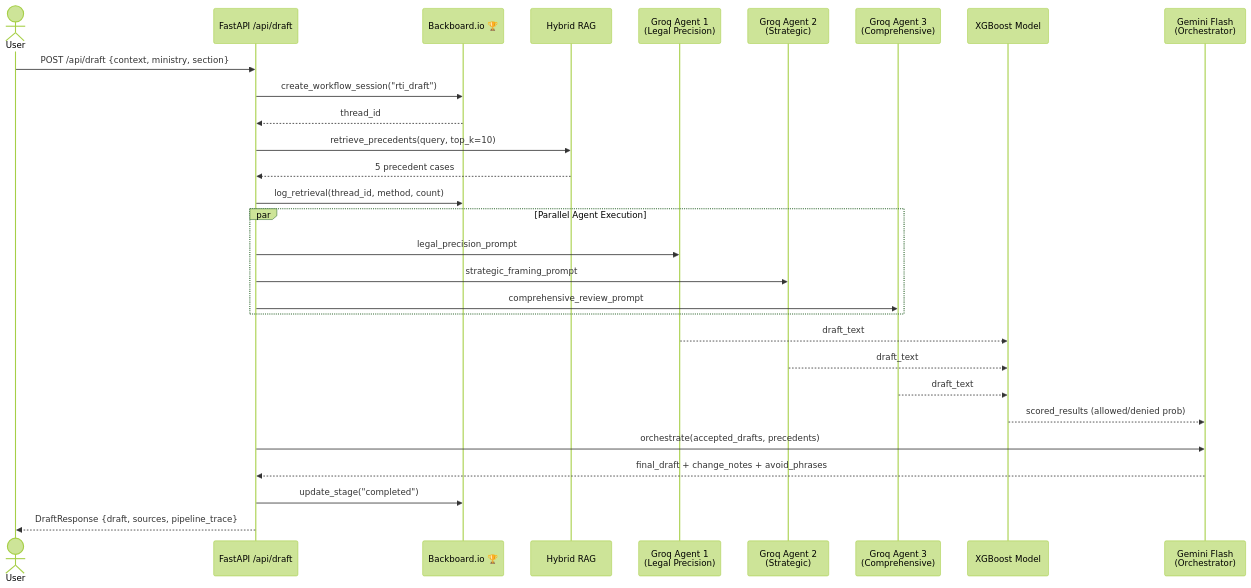
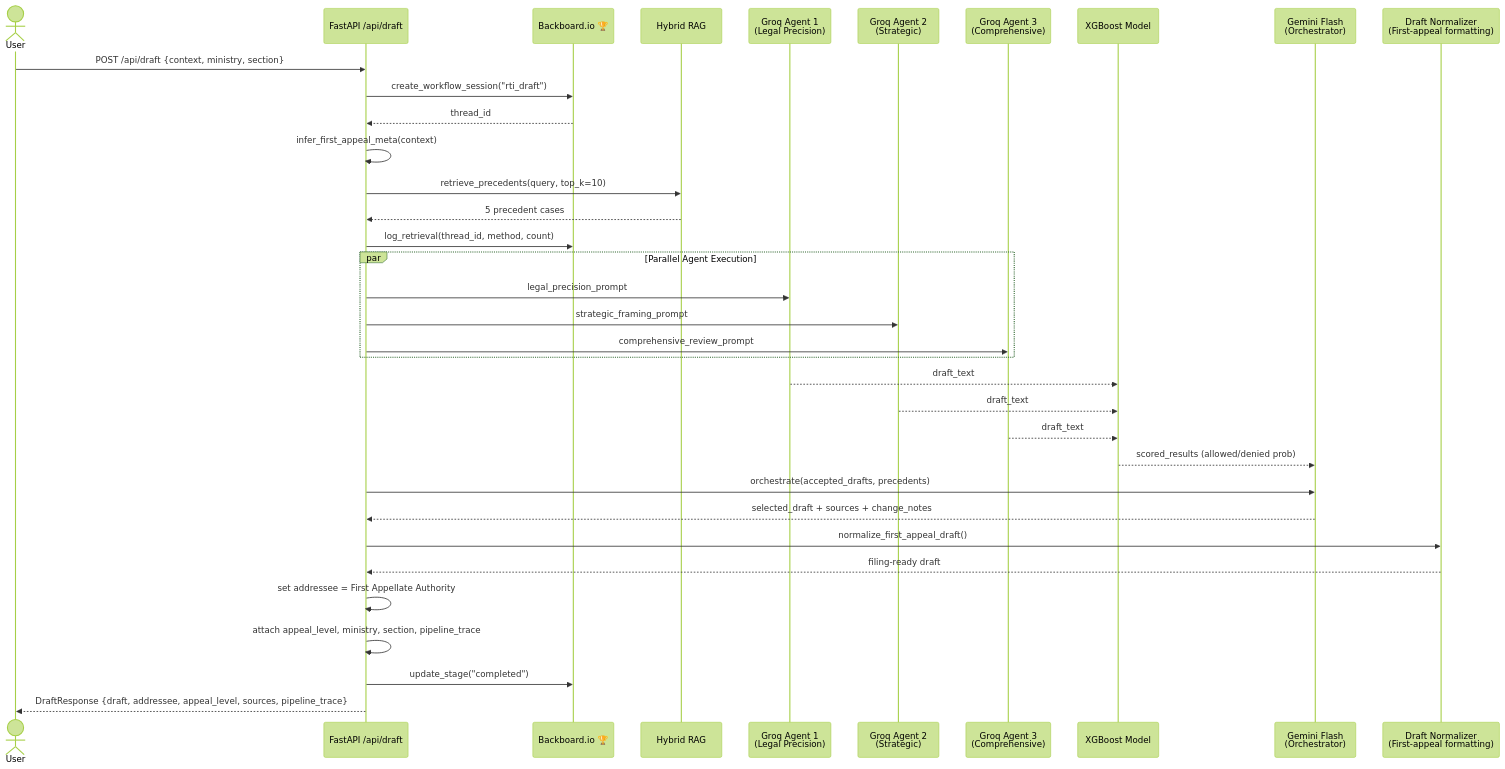
One commit to MohitSahoo/RTI_Lens changed the third of 3 diagrams in README.md. Above: the diagram before and after it, drawn with Mermaid (forest theme). The commit also changed other lines of this file, not shown here.

````diff
--- a/README.md
+++ b/README.md
@@ -223,36 +233,42 @@
 ```mermaid
 sequenceDiagram
     actor User
     participant API as FastAPI /api/draft
     participant BB as Backboard.io 🏆
     participant RAG as Hybrid RAG
     participant G1 as Groq Agent 1<br/>(Legal Precision)
     participant G2 as Groq Agent 2<br/>(Strategic)
     participant G3 as Groq Agent 3<br/>(Comprehensive)
     participant XGB as XGBoost Model
     participant GEM as Gemini Flash<br/>(Orchestrator)
+    participant POST as Draft Normalizer<br/>(First-appeal formatting)
 
     User->>API: POST /api/draft {context, ministry, section}
     API->>BB: create_workflow_session("rti_draft")
     BB-->>API: thread_id
+    API->>API: infer_first_appeal_meta(context)
     API->>RAG: retrieve_precedents(query, top_k=10)
     RAG-->>API: 5 precedent cases
     API->>BB: log_retrieval(thread_id, method, count)
 
     par Parallel Agent Execution
         API->>G1: legal_precision_prompt
         API->>G2: strategic_framing_prompt
         API->>G3: comprehensive_review_prompt
     end
 
     G1-->>XGB: draft_text
     G2-->>XGB: draft_text
     G3-->>XGB: draft_text
 
     XGB-->>GEM: scored_results (allowed/denied prob)
     API->>GEM: orchestrate(accepted_drafts, precedents)
-    GEM-->>API: final_draft + change_notes + avoid_phrases
+    GEM-->>API: selected_draft + sources + change_notes
+    API->>POST: normalize_first_appeal_draft()
+    POST-->>API: filing-ready draft
+    API->>API: set addressee = First Appellate Authority
+    API->>API: attach appeal_level, ministry, section, pipeline_trace
 
     API->>BB: update_stage("completed")
-    API-->>User: DraftResponse {draft, sources, pipeline_trace}
+    API-->>User: DraftResponse {draft, addressee, appeal_level, sources, pipeline_trace}
 ```
````
